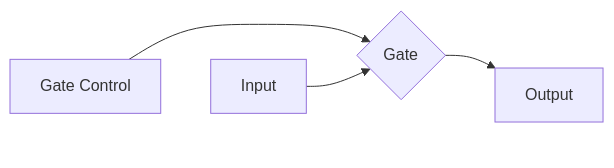
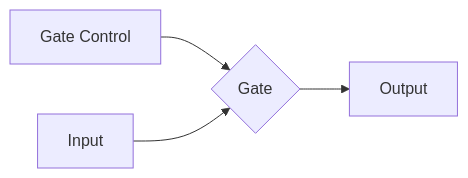
One commit to MMMaellon/VRChatTutorial changed the diagram in docs/1. Code Basics/2. Rock Unga Bunga.md. Above: the diagram before and after it, drawn with Mermaid.

Commit message:
vault backup: 2023-07-29 21:30:47

````diff
--- a/docs/1. Code Basics/2. Rock Unga Bunga.md
+++ b/docs/1. Code Basics/2. Rock Unga Bunga.md
@@ -21,7 +21,5 @@
 ``` mermaid
 flowchart LR
   D[Gate Control] --> B{Gate};
   A[Input] --> B --> C[Output];
-  D ~~~ A;
-  D ~~~ C;
 ```
````
